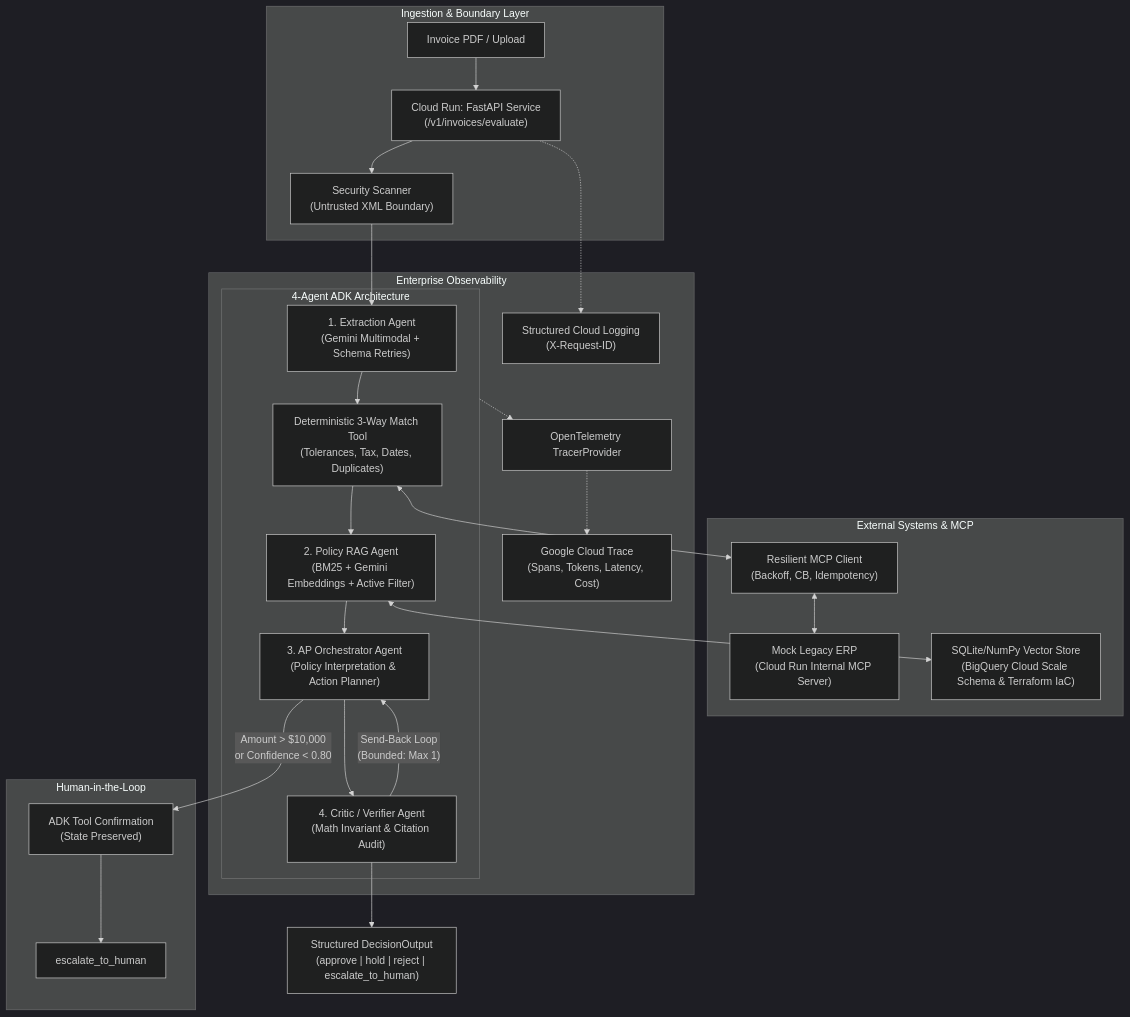
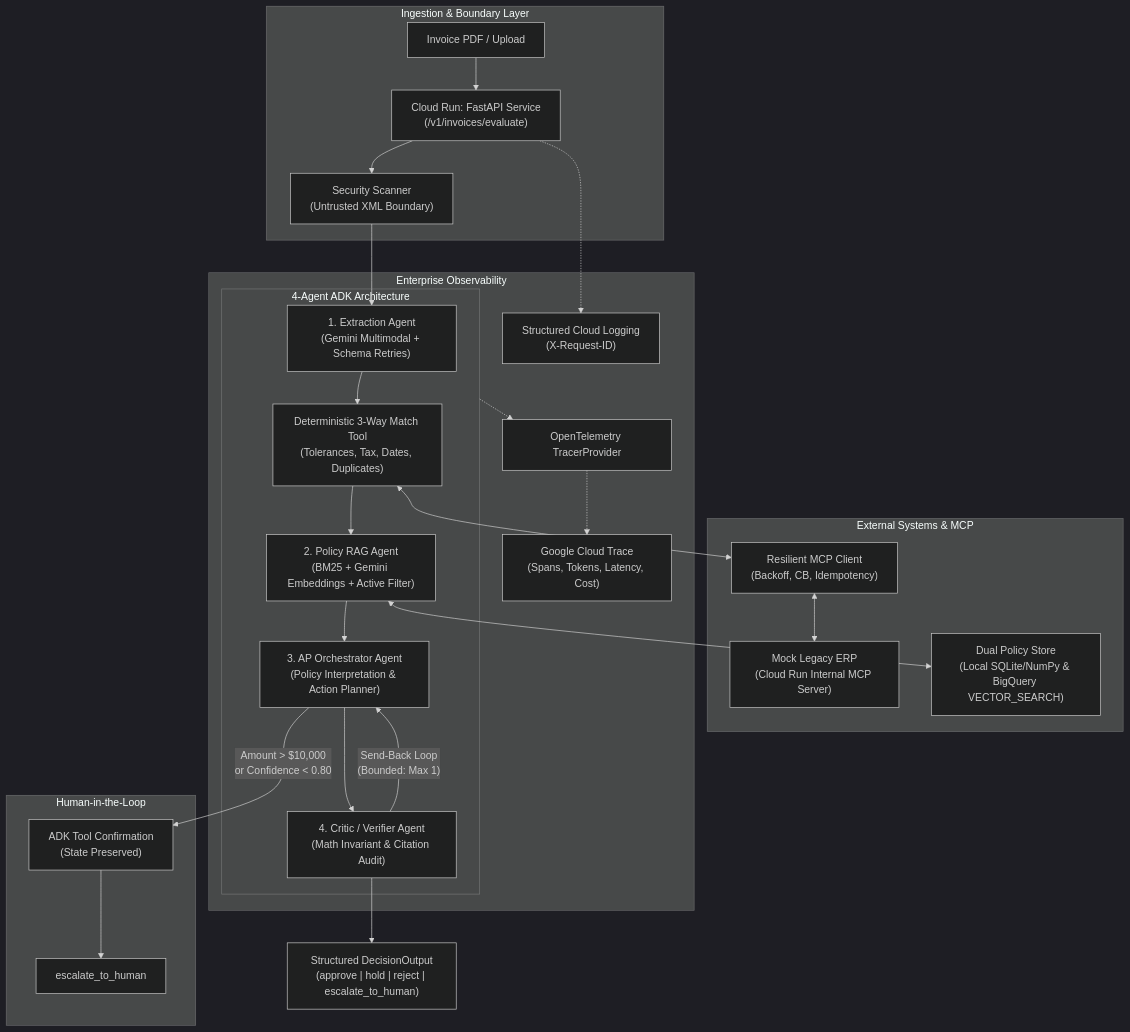
One commit to Abh-igyan/invoiceops-agent changed the diagram in README.md. Above: the diagram before and after it, drawn with Mermaid (dark theme). The commit also changed other lines of this file and 11 other files, not shown here.

Commit message:
feat(v5): add native BigQuery VECTOR_SEARCH store, secure Cloud Run with X-API-Key auth, and update benchmark reporting

````diff
--- a/README.md
+++ b/README.md
@@ -16,37 +16,37 @@
 ```mermaid
 flowchart TD
     subgraph Client["Ingestion & Boundary Layer"]
         PDF["Invoice PDF / Upload"] --> FastAPI["Cloud Run: FastAPI Service\n(/v1/invoices/evaluate)"]
         FastAPI --> SecScan["Security Scanner\n(Untrusted XML Boundary)"]
     end
 
     subgraph Pipeline["4-Agent ADK Architecture"]
         SecScan --> ExtAgent["1. Extraction Agent\n(Gemini Multimodal + Schema Retries)"]
         ExtAgent --> MatTool["Deterministic 3-Way Match Tool\n(Tolerances, Tax, Dates, Duplicates)"]
         
         MatTool --> RAGAgent["2. Policy RAG Agent\n(BM25 + Gemini Embeddings + Active Filter)"]
         RAGAgent --> OrchAgent["3. AP Orchestrator Agent\n(Policy Interpretation & Action Planner)"]
         
         OrchAgent --> CriticAgent["4. Critic / Verifier Agent\n(Math Invariant & Citation Audit)"]
         CriticAgent -- "Send-Back Loop\n(Bounded: Max 1)" --> OrchAgent
     end
 
     subgraph Tools["External Systems & MCP"]
         MatTool <--> ErpClient["Resilient MCP Client\n(Backoff, CB, Idempotency)"]
         ErpClient <--> MCPErp["Mock Legacy ERP\n(Cloud Run Internal MCP Server)"]
-        RAGAgent <--> PolicyStore["SQLite/NumPy Vector Store\n(BigQuery Cloud Scale Schema & Terraform IaC)"]
+        RAGAgent <--> PolicyStore["Dual Policy Store\n(Local SQLite/NumPy & BigQuery VECTOR_SEARCH)"]
     end
 
     subgraph HumanApproval["Human-in-the-Loop"]
         OrchAgent -- "Amount > $10,000\nor Confidence < 0.80" --> HITL["ADK Tool Confirmation\n(State Preserved)"]
         HITL --> Escalate["escalate_to_human"]
     end
 
     subgraph Observability["Enterprise Observability"]
         Pipeline -.-> OTel["OpenTelemetry TracerProvider"]
         OTel -.-> CloudTrace["Google Cloud Trace\n(Spans, Tokens, Latency, Cost)"]
         FastAPI -.-> JSONLogs["Structured Cloud Logging\n(X-Request-ID)"]
     end
 
     CriticAgent --> Decision["Structured DecisionOutput\n(approve | hold | reject | escalate_to_human)"]
 ```
````
